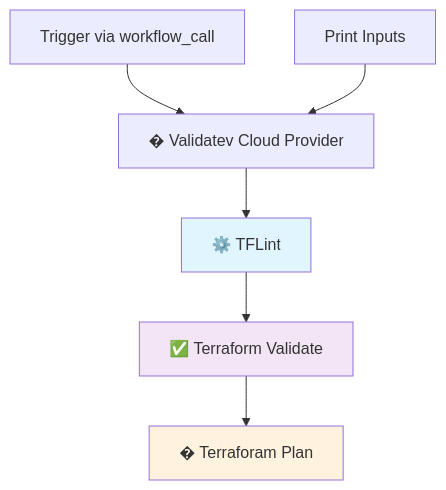
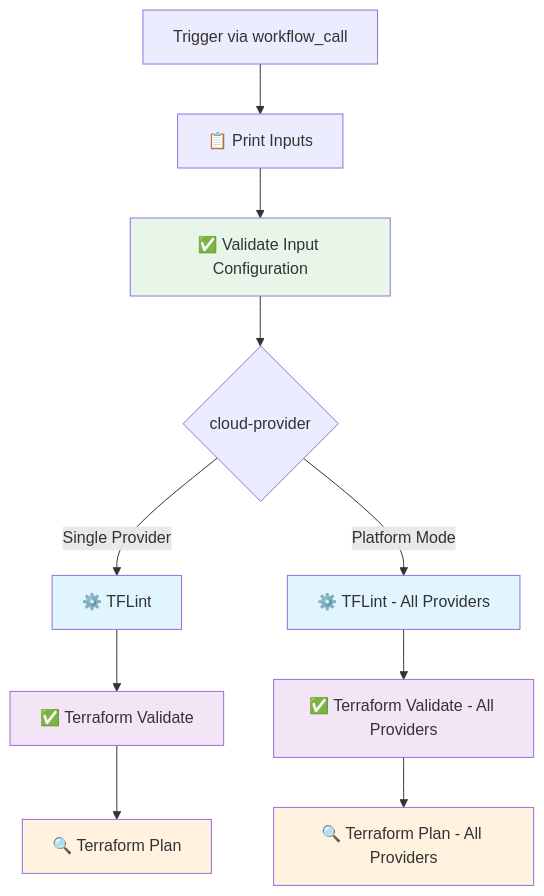
The diagram in README.md (subhamay-bhattacharyya-gha/tf-ci-reusable-wf), drawn with Mermaid before and after one commit. The commit also changed other lines of this file, not shown here.

First line of the commit message:
docs: enhance README with platform mode and S3 backend documentation

````diff
--- a/README.md
+++ b/README.md
@@ -67,13 +74,23 @@
 ```mermaid
 flowchart TD
-    A[Trigger via workflow_call] --> B[� Validatev Cloud Provider]
-    B --> C[⚙️ TFLint]
-    C --> D[✅ Terraform Validate]
-    D --> E[� Terraforam Plan]
+    A[Trigger via workflow_call] --> B[📋 Print Inputs]
+    B --> C[✅ Validate Input Configuration]
+    C --> D{cloud-provider}
     
-    F[Print Inputs] --> B
+    D -->|Single Provider| E[⚙️ TFLint]
+    D -->|Platform Mode| F[⚙️ TFLint - All Providers]
     
-    style C fill:#e1f5fe
-    style D fill:#f3e5f5
-    style E fill:#fff3e0
+    E --> G[✅ Terraform Validate]
+    F --> H[✅ Terraform Validate - All Providers]
+    
+    G --> I[🔍 Terraform Plan]
+    H --> J[🔍 Terraform Plan - All Providers]
+    
+    style C fill:#e8f5e9
+    style E fill:#e1f5fe
+    style F fill:#e1f5fe
+    style G fill:#f3e5f5
+    style H fill:#f3e5f5
+    style I fill:#fff3e0
+    style J fill:#fff3e0
 ```
````
